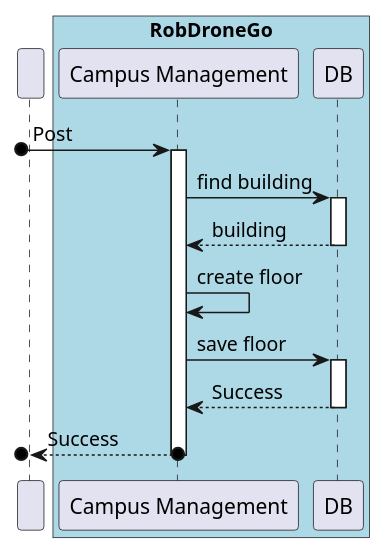
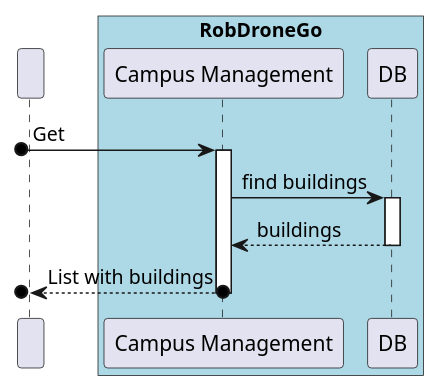
Before and after one commit to winqus/RobDroneGo: the diagram in docs/US/ID-170/SD lv2.puml, drawn with PlantUML. The commit also changed 3 other files, not shown here.

Commit message:
US170 readme and diagrams

```diff
--- a/docs/US/ID-170/SD lv2.puml
+++ b/docs/US/ID-170/SD lv2.puml
@@ -1,27 +1,20 @@
 @startuml SD Lv2
 
 participant " "
 box "RobDroneGo" #LightBlue
     participant "Campus Management" as campus
     participant "DB" as DB
 end box
 
-[o-> campus : Post
+[o-> campus : Get
 activate campus
 
-campus -> DB : find building
+campus -> DB : find buildings
 activate DB
-DB --> campus : building
+DB --> campus : buildings
 deactivate DB
 
-campus -> campus : create floor
-
-campus -> DB : save floor
-activate DB
-DB --> campus : Success
-deactivate DB
-
-[o<--o campus : Success
+[o<--o campus : List with buildings
 deactivate campus
 
 @enduml
```
